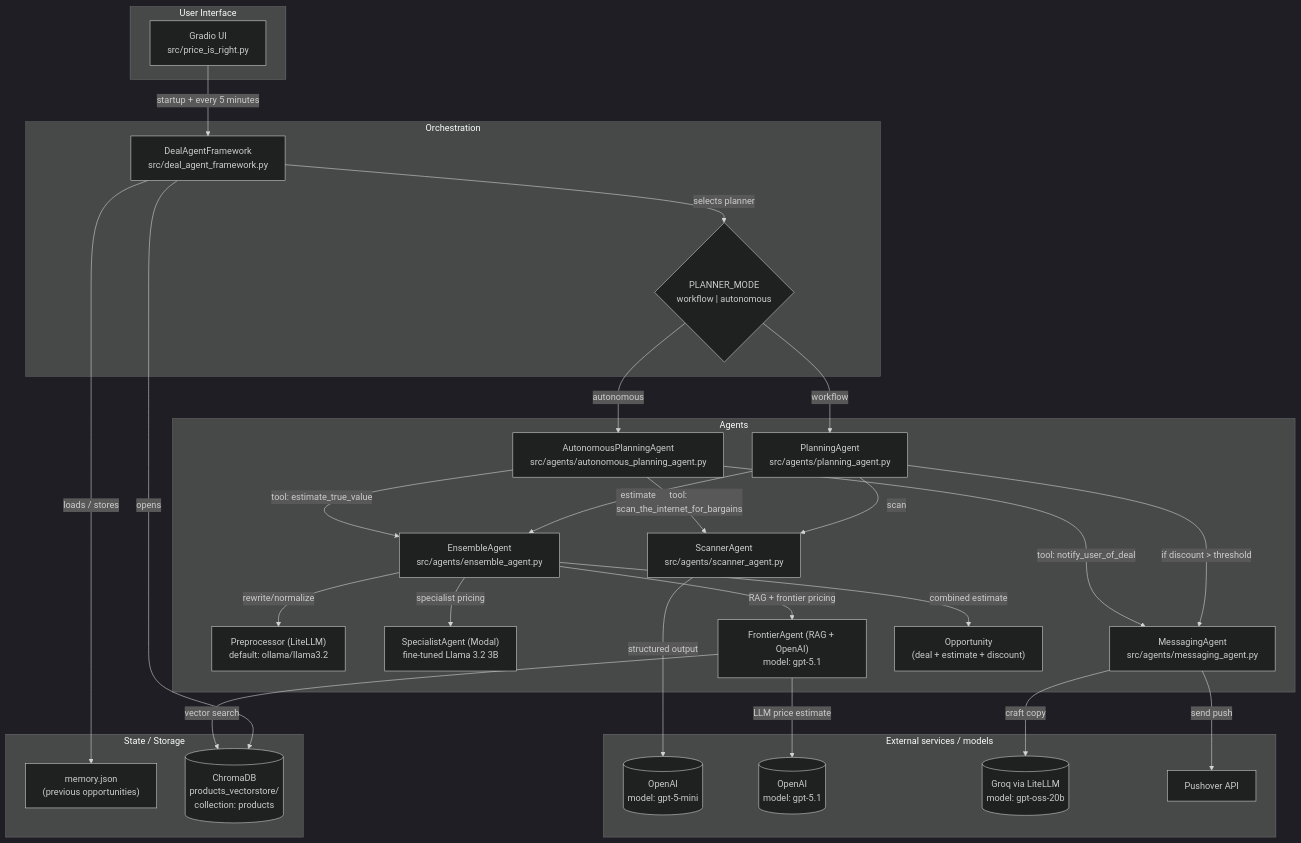
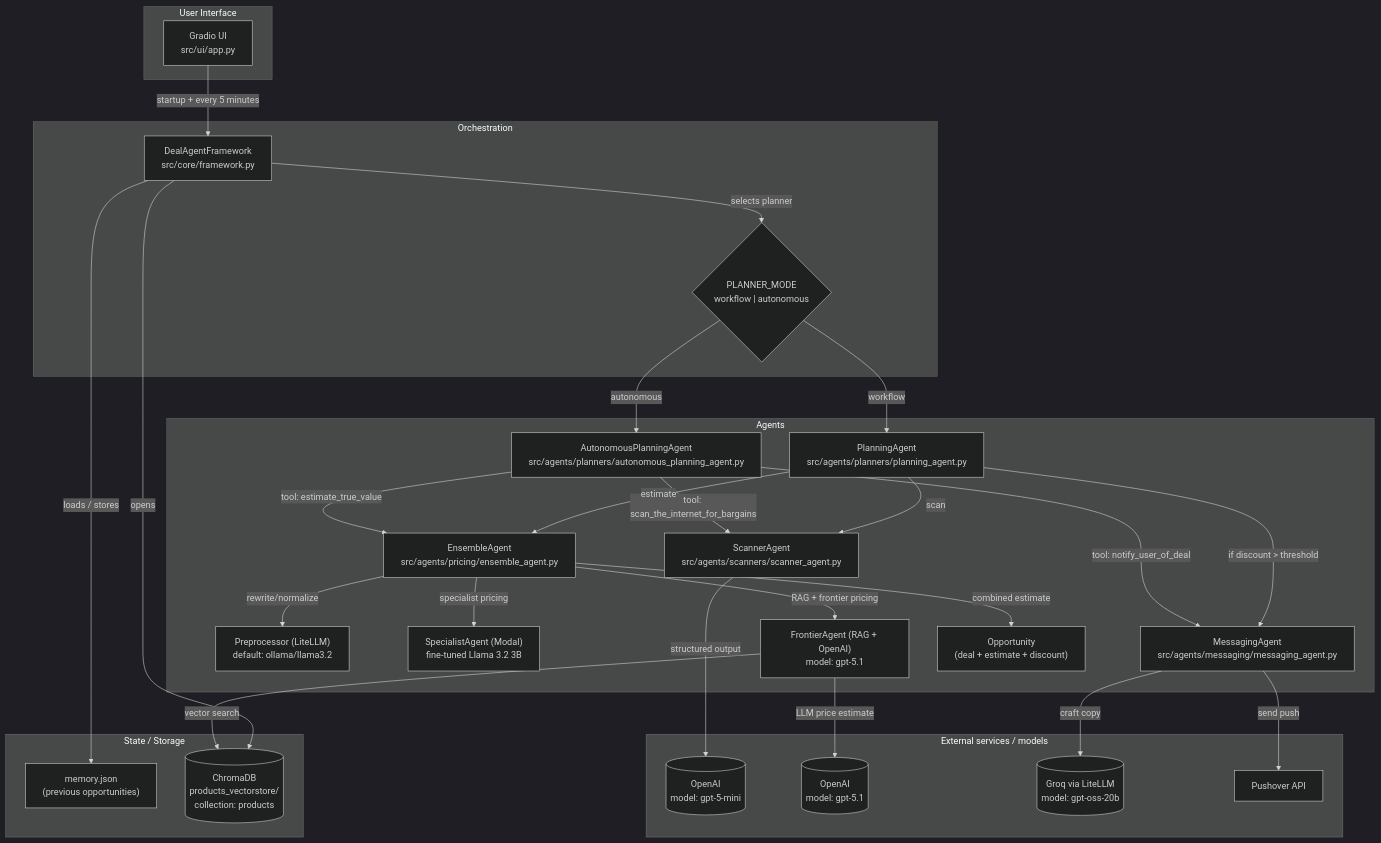
Before and after one commit to aditya-caltechie/ai-deals2buy: the diagram in docs/README.md, drawn with Mermaid (dark theme). The commit also changed other lines of this file and 71 other files, not shown here.

````diff
--- a/docs/README.md
+++ b/docs/README.md
@@ -23,63 +23,63 @@
 ```mermaid
 flowchart TD
   %% GitHub Mermaid tip: avoid HTML <br/> in labels; use \n instead.
 
   subgraph UI["User Interface"]
-    UI_APP["Gradio UI\nsrc/price_is_right.py"]
+    UI_APP["Gradio UI\nsrc/ui/app.py"]
   end
 
   subgraph CORE["Orchestration"]
-    F["DealAgentFramework\nsrc/deal_agent_framework.py"]
+    F["DealAgentFramework\nsrc/core/framework.py"]
     P{"PLANNER_MODE\nworkflow | autonomous"}
   end
 
   subgraph STORAGE["State / Storage"]
     MEM["memory.json\n(previous opportunities)"]
     CHROMA[("ChromaDB\nproducts_vectorstore/\ncollection: products")]
   end
 
   subgraph AGENTS["Agents"]
-    W["PlanningAgent\nsrc/agents/planning_agent.py"]
-    A["AutonomousPlanningAgent\nsrc/agents/autonomous_planning_agent.py"]
-    S["ScannerAgent\nsrc/agents/scanner_agent.py"]
-    E["EnsembleAgent\nsrc/agents/ensemble_agent.py"]
+    W["PlanningAgent\nsrc/agents/planners/planning_agent.py"]
+    A["AutonomousPlanningAgent\nsrc/agents/planners/autonomous_planning_agent.py"]
+    S["ScannerAgent\nsrc/agents/scanners/scanner_agent.py"]
+    E["EnsembleAgent\nsrc/agents/pricing/ensemble_agent.py"]
     PP["Preprocessor (LiteLLM)\ndefault: ollama/llama3.2"]
     SA["SpecialistAgent (Modal)\nfine-tuned Llama 3.2 3B"]
     FA["FrontierAgent (RAG + OpenAI)\nmodel: gpt-5.1"]
-    MSG["MessagingAgent\nsrc/agents/messaging_agent.py"]
+    MSG["MessagingAgent\nsrc/agents/messaging/messaging_agent.py"]
     OP["Opportunity\n(deal + estimate + discount)"]
   end
 
   subgraph EXTERNAL["External services / models"]
     OAI_SCAN[("OpenAI\nmodel: gpt-5-mini")]
     OAI_PRICE[("OpenAI\nmodel: gpt-5.1")]
     GROQ[("Groq via LiteLLM\nmodel: gpt-oss-20b")]
     PUSH["Pushover API"]
   end
 
   UI_APP -->|"startup + every 5 minutes"| F
   F -->|"loads / stores"| MEM
   F -->|"opens"| CHROMA
   F -->|"selects planner"| P
 
   P -->|"workflow"| W
   P -->|"autonomous"| A
 
   W -->|"scan"| S
   A -->|"tool: scan_the_internet_for_bargains"| S
   S -->|"structured output"| OAI_SCAN
 
   W -->|"estimate"| E
   A -->|"tool: estimate_true_value"| E
   E -->|"rewrite/normalize"| PP
   E -->|"specialist pricing"| SA
   E -->|"RAG + frontier pricing"| FA
   FA -->|"vector search"| CHROMA
   FA -->|"LLM price estimate"| OAI_PRICE
   E -->|"combined estimate"| OP
 
   W -->|"if discount > threshold"| MSG
   A -->|"tool: notify_user_of_deal"| MSG
   MSG -->|"craft copy"| GROQ
   MSG -->|"send push"| PUSH
 ```
````
